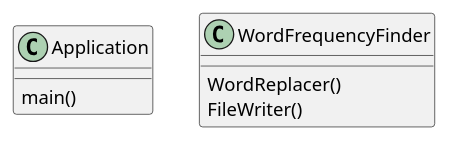
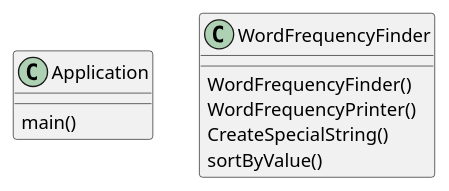
The diagram in src/main/java/oop/assignment3/ex46/exercise46_Diagram.puml (Awesome-wolf-101/ashby-cop3330-assignment3), drawn with PlantUML before and after one commit. The commit also changed 20 other files, not shown here.

```diff
--- a/src/main/java/oop/assignment3/ex46/exercise46_Diagram.puml
+++ b/src/main/java/oop/assignment3/ex46/exercise46_Diagram.puml
@@ -1,18 +1,20 @@
 @startuml
 'https://plantuml.com/sequence-diagram
 
 class Application{
 main()
 }
 
 class WordFrequencyFinder{
 
 
 
-WordReplacer()
-FileWriter()
+WordFrequencyFinder()
+WordFrequencyPrinter()
+CreateSpecialString()
+sortByValue()
 
 }
 
 
 @enduml
```
